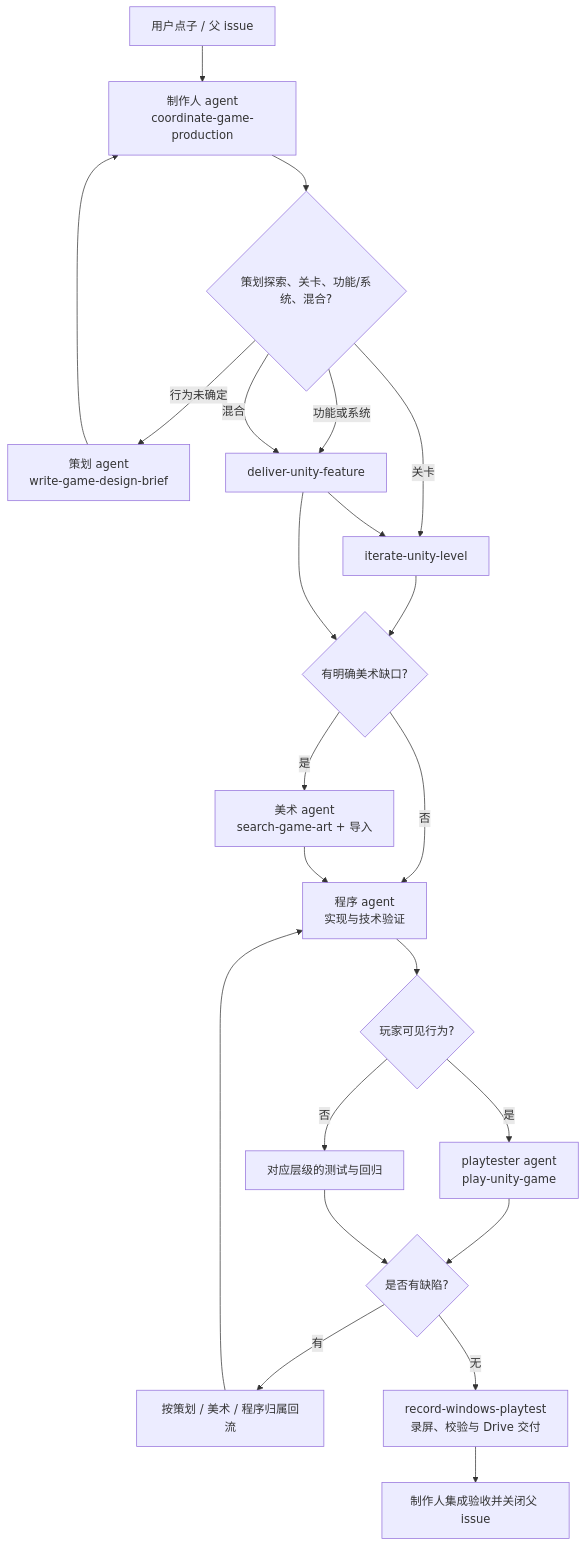
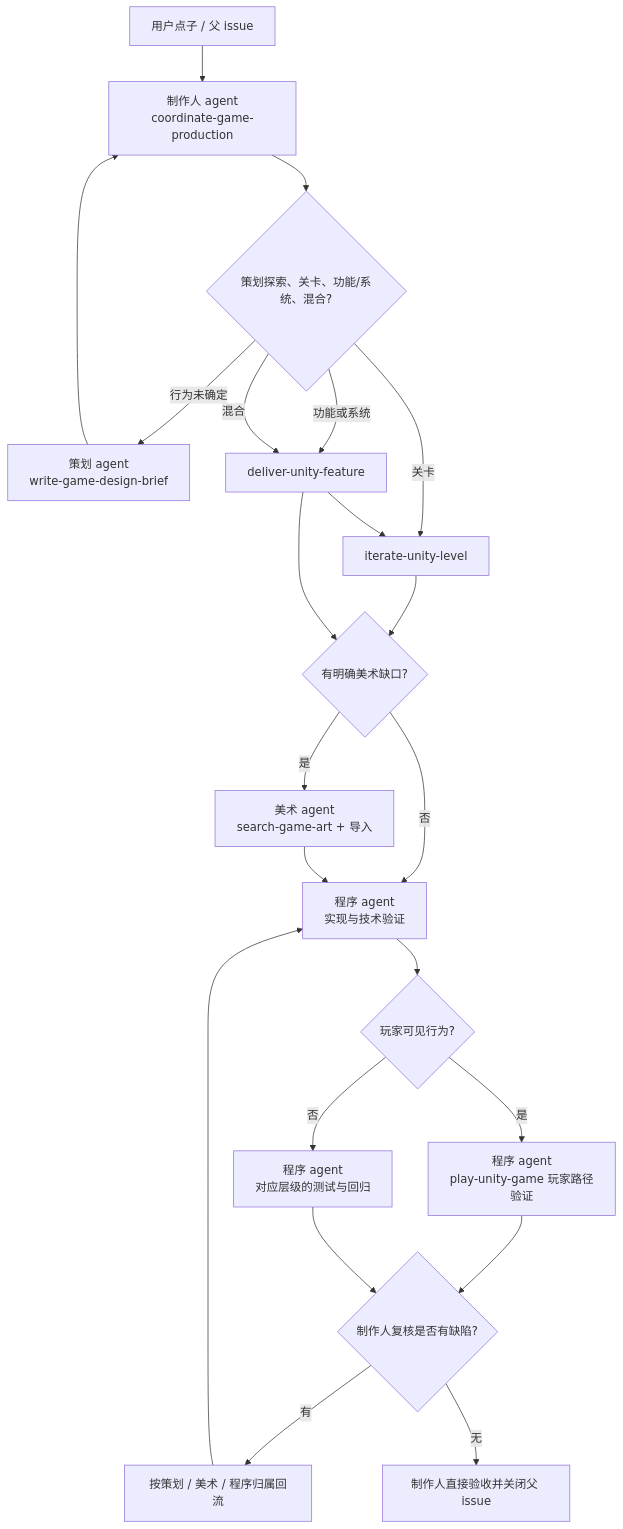
The first of 8 diagrams in skills/WORKFLOWS.md (qiulinfan/qiulinfan.github.io), drawn with Mermaid before and after one commit. The commit also changed other lines of this file and 13 other files, not shown here.

````diff
--- a/skills/WORKFLOWS.md
+++ b/skills/WORKFLOWS.md
@@ -7,25 +7,24 @@
 ```mermaid
 flowchart TD
     Idea["用户点子 / 父 issue"] --> Producer["制作人 agent<br/>coordinate-game-production"]
     Producer --> Classify{"策划探索、关卡、功能/系统、混合?"}
     Classify -->|行为未确定| Plan["策划 agent<br/>write-game-design-brief"]
     Plan --> Producer
     Classify -->|关卡| Level["iterate-unity-level"]
     Classify -->|功能或系统| Feature["deliver-unity-feature"]
     Classify -->|混合| Feature
     Feature --> Level
     Level --> Gap{"有明确美术缺口?"}
     Feature --> Gap
     Gap -->|是| Art["美术 agent<br/>search-game-art + 导入"]
     Gap -->|否| Code["程序 agent<br/>实现与技术验证"]
     Art --> Code
     Code --> Play{"玩家可见行为?"}
-    Play -->|是| Test["playtester agent<br/>play-unity-game"]
-    Play -->|否| Verify["对应层级的测试与回归"]
-    Test --> Findings{"是否有缺陷?"}
+    Play -->|是| Test["程序 agent<br/>play-unity-game 玩家路径验证"]
+    Play -->|否| Verify["程序 agent<br/>对应层级的测试与回归"]
+    Test --> Findings{"制作人复核是否有缺陷?"}
     Verify --> Findings
     Findings -->|有| Owner["按策划 / 美术 / 程序归属回流"]
     Owner --> Code
-    Findings -->|无| Record["record-windows-playtest<br/>录屏、校验与 Drive 交付"]
-    Record --> Accept["制作人集成验收并关闭父 issue"]
+    Findings -->|无| Accept["制作人直接验收并关闭父 issue"]
 ```
````
